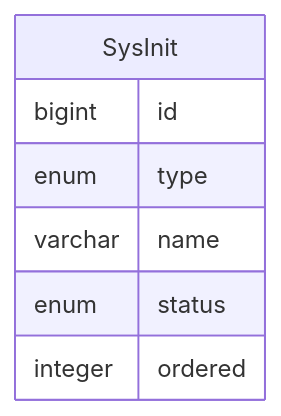
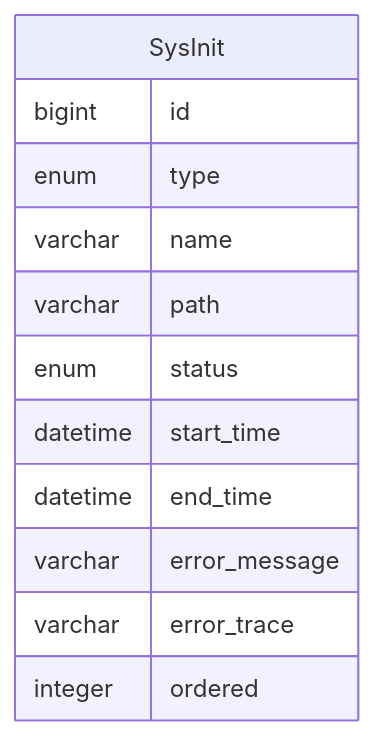
Before and after one commit to mrzhqiang/rowing: the diagram in docs/project/3.sys-init.md, drawn with Mermaid. The commit also changed other lines of this file and 26 other files, not shown here.

````diff
--- a/docs/project/3.sys-init.md
+++ b/docs/project/3.sys-init.md
@@ -24,10 +25,15 @@
 ```mermaid
 erDiagram
     SysInit {
         bigint id
         enum type
         varchar name
+        varchar path
         enum status
+        datetime start_time
+        datetime end_time
+        varchar error_message
+        varchar error_trace
         integer ordered
     }
 ```
````
